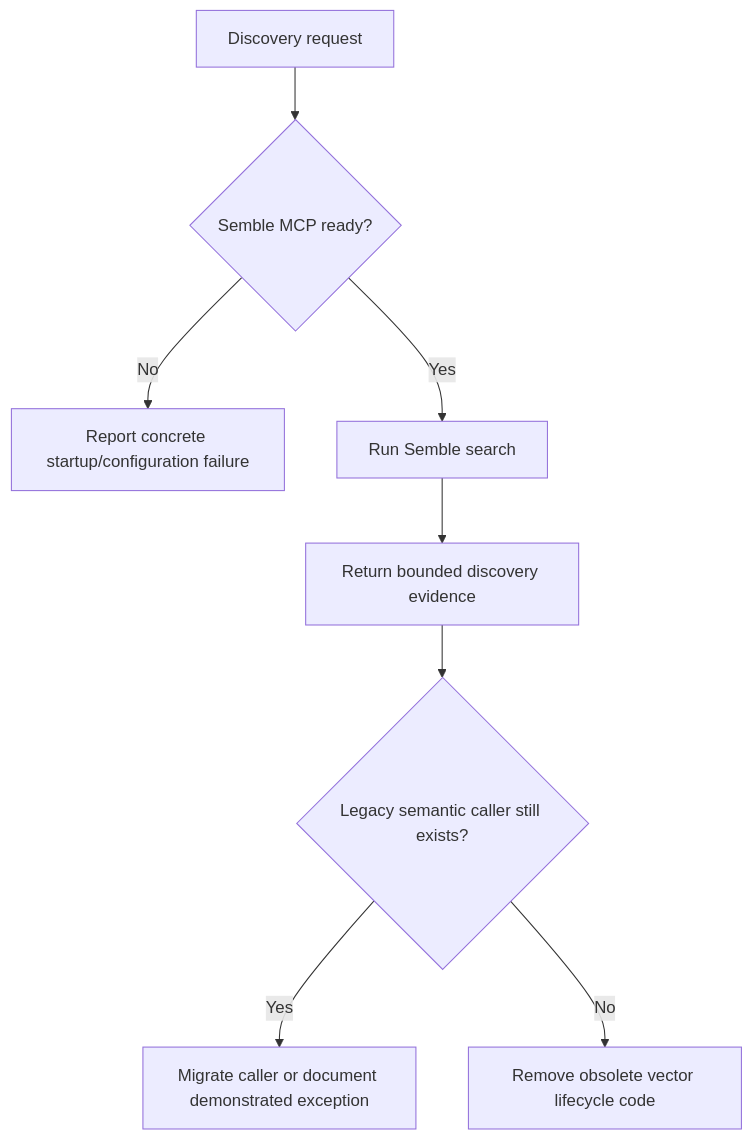
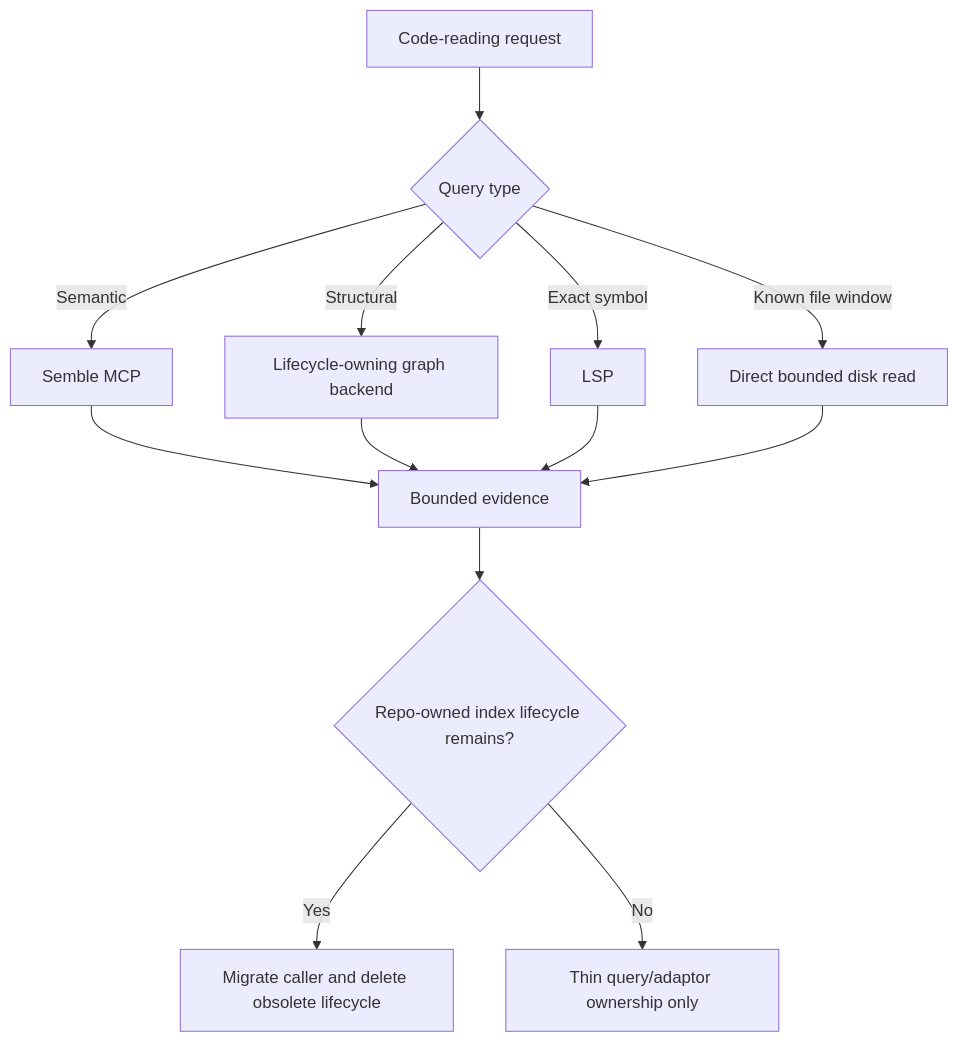
Before and after one commit to aborczuk/app-foundation: the diagram in specs/061-persistent-repo-research-backends/spec.md, drawn with Mermaid. The commit also changed other lines of this file, not shown here.

Commit message:
Expand 061 to externalize code discovery lifecycles

````diff
--- a/specs/061-persistent-repo-research-backends/spec.md
+++ b/specs/061-persistent-repo-research-backends/spec.md
@@ -57,10 +91,15 @@
 ```mermaid
 flowchart TD
-    A[Discovery request] --> B{Semble MCP ready?}
-    B -- No --> C[Report concrete startup/configuration failure]
-    B -- Yes --> D[Run Semble search]
-    D --> E[Return bounded discovery evidence]
-    E --> F{Legacy semantic caller still exists?}
-    F -- Yes --> G[Migrate caller or document demonstrated exception]
-    F -- No --> H[Remove obsolete vector lifecycle code]
+    A[Code-reading request] --> B{Query type}
+    B -- Semantic --> C[Semble MCP]
+    B -- Structural --> D[Lifecycle-owning graph backend]
+    B -- Exact symbol --> E[LSP]
+    B -- Known file window --> F[Direct bounded disk read]
+    C --> G[Bounded evidence]
+    D --> G
+    E --> G
+    F --> G
+    G --> H{Repo-owned index lifecycle remains?}
+    H -- Yes --> I[Migrate caller and delete obsolete lifecycle]
+    H -- No --> J[Thin query/adaptor ownership only]
 ```
````
